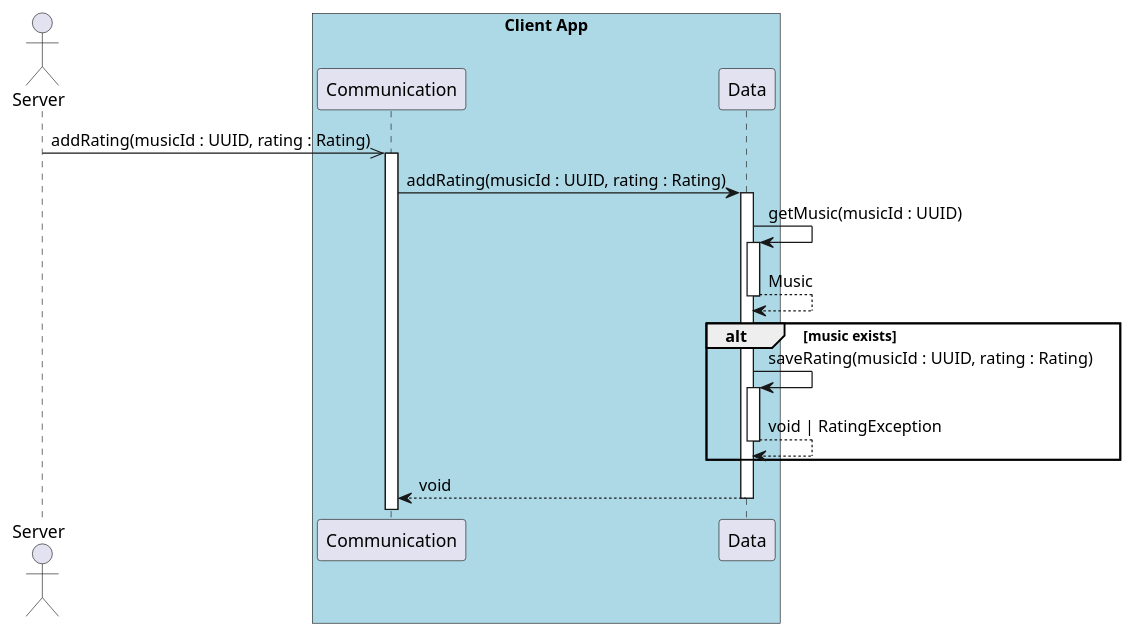
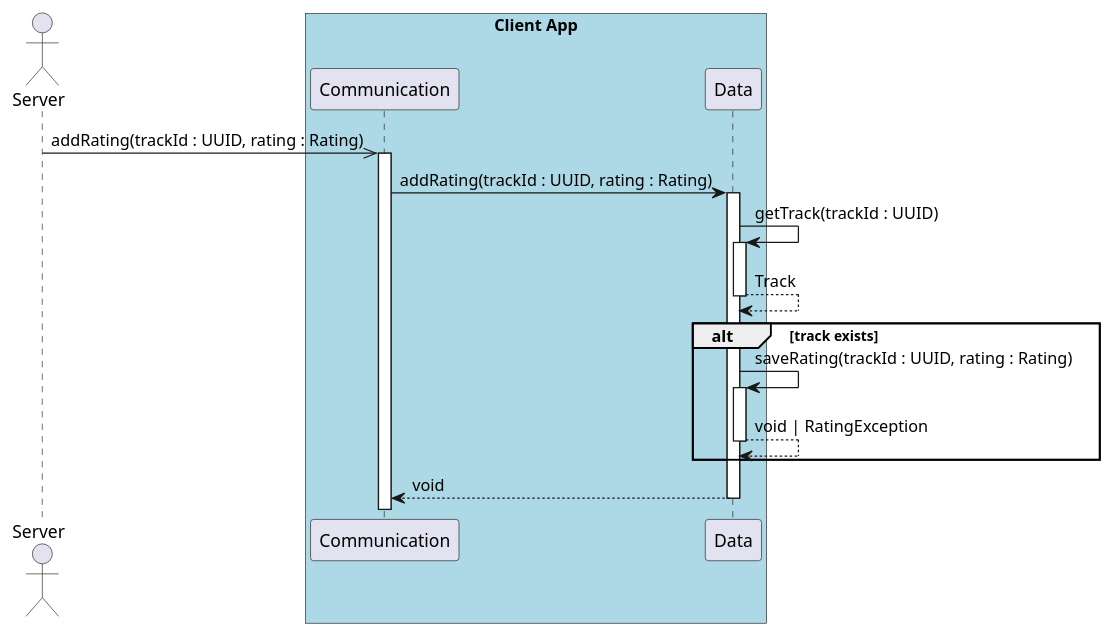
One commit to UTCAI12/Diagrams changed the diagram in sequence/4.1_add_rating_owner.puml. Above: the diagram before and after it, drawn with PlantUML. The commit also changed 3 other files, not shown here.

Commit message:
Renaming variables and methods to match the class diagram.

```diff
--- a/sequence/4.1_add_rating_owner.puml
+++ b/sequence/4.1_add_rating_owner.puml
@@ -1,25 +1,25 @@
 @startuml 4.1 User add a rating to a music (client - owner)
 
 actor Server as server
 
 box "Client App" #LightBlue
     participant Communication as com
     participant Data as data
 end box
 
-server ->> com : addRating(musicId : UUID, rating : Rating)
+server ->> com : addRating(trackId : UUID, rating : Rating)
 
 activate com
-com -> data++ : addRating(musicId : UUID, rating : Rating)
+com -> data++ : addRating(trackId : UUID, rating : Rating)
 
-data -> data++ : getMusic(musicId : UUID) 
-return Music
+data -> data++ : getTrack(trackId : UUID) 
+return Track
 
-alt music exists
-    data -> data++ : saveRating(musicId : UUID, rating : Rating)
+alt track exists
+    data -> data++ : saveRating(trackId : UUID, rating : Rating)
     return void | RatingException
 end
 
 return void
 
 @enduml
```
